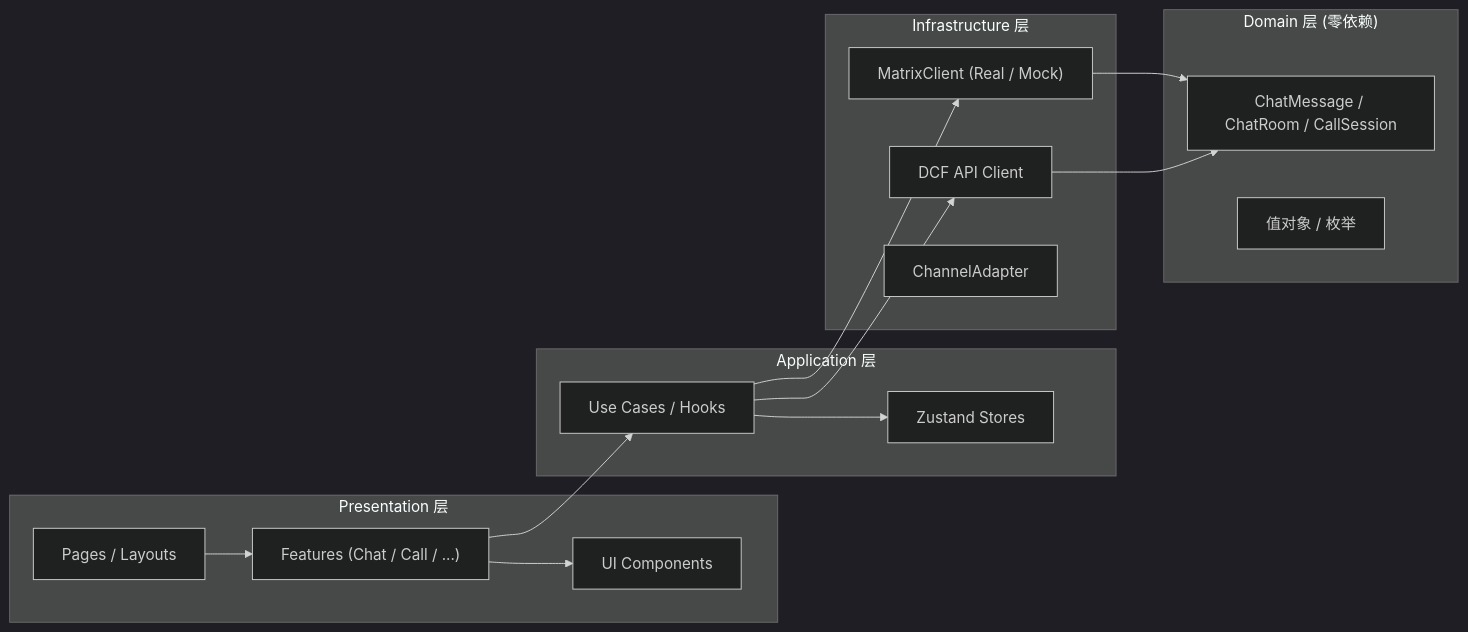
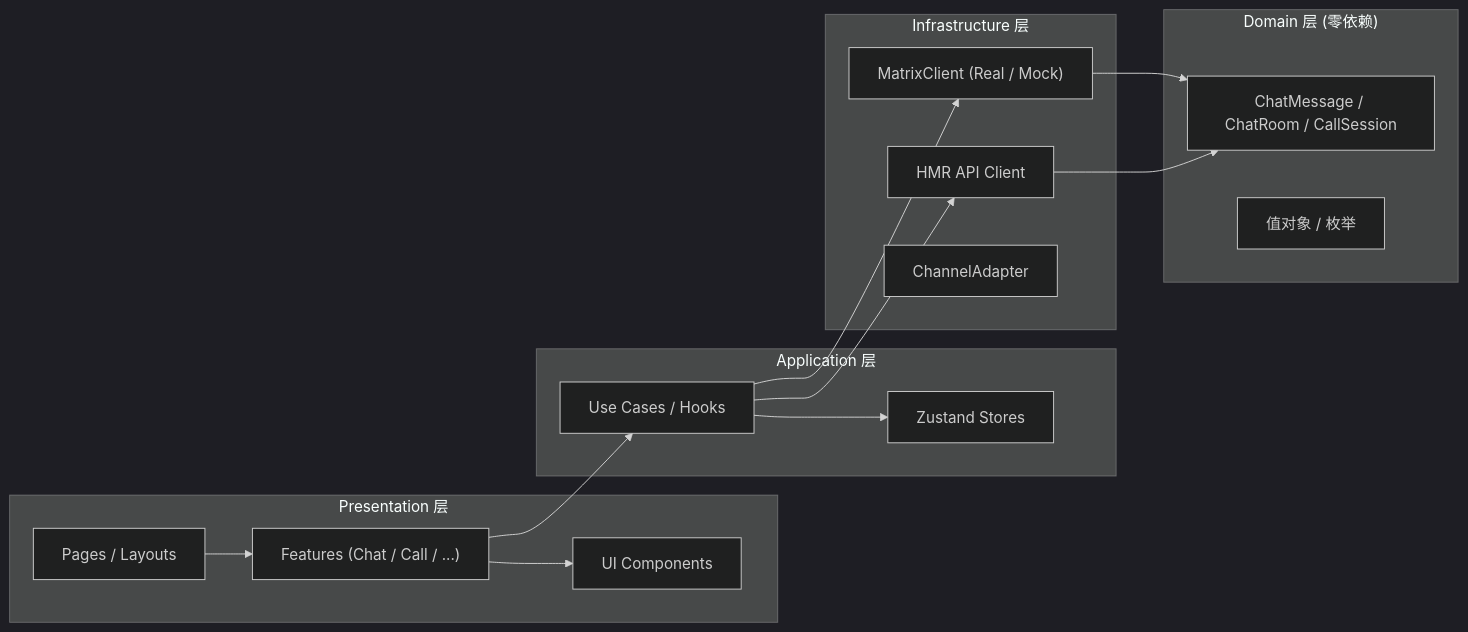
Before and after one commit to zqshi/Human-machine-runtime: the diagram in client-suite/README.md, drawn with Mermaid (dark theme). The commit also changed other lines of this file and 320 other files, not shown here.

````diff
--- a/client-suite/README.md
+++ b/client-suite/README.md
@@ -7,30 +7,30 @@
 ```mermaid
 graph LR
   subgraph Presentation["Presentation 层"]
     Pages["Pages / Layouts"]
     Features["Features (Chat / Call / ...)"]
     UIKit["UI Components"]
   end
 
   subgraph Application["Application 层"]
     Stores["Zustand Stores"]
     Hooks["Use Cases / Hooks"]
   end
 
   subgraph Infrastructure["Infrastructure 层"]
     Matrix["MatrixClient (Real / Mock)"]
-    API["DCF API Client"]
+    API["HMR API Client"]
     Channel["ChannelAdapter"]
   end
 
   subgraph Domain["Domain 层 (零依赖)"]
     Entities["ChatMessage / ChatRoom / CallSession"]
     Types["值对象 / 枚举"]
   end
 
   Pages --> Features --> UIKit
   Features --> Hooks --> Stores
   Hooks --> Matrix & API
   Matrix --> Entities
   API --> Entities
 ```
````
